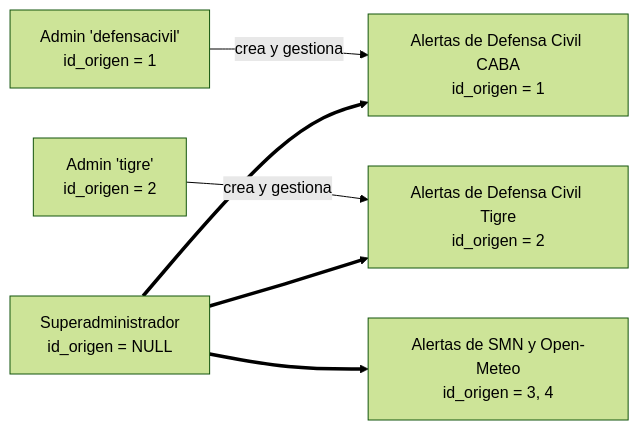
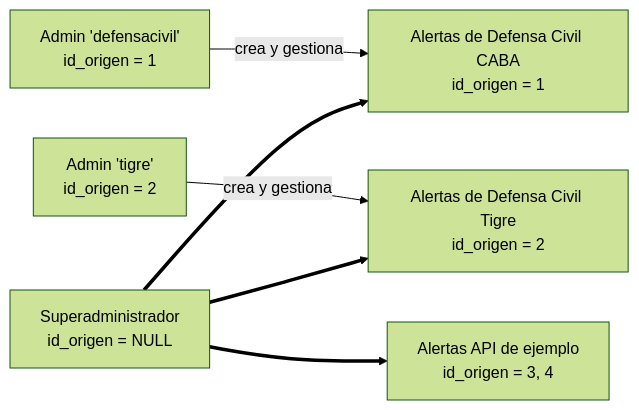
Before and after one commit to nachoo08/geoAlerts: the sixth of 7 diagrams in docs/02-diseno-arquitectura.md, drawn with Mermaid (forest theme). The commit also changed other lines of this file and 17 other files, not shown here.

````diff
--- a/docs/02-diseno-arquitectura.md
+++ b/docs/02-diseno-arquitectura.md
@@ -759,16 +763,16 @@
 ```mermaid
 flowchart LR
     SA["Superadministrador<br/>id_origen = NULL"]
     A1["Admin 'defensacivil'<br/>id_origen = 1"]
     A2["Admin 'tigre'<br/>id_origen = 2"]
 
     AL1["Alertas de Defensa Civil CABA<br/>id_origen = 1"]
     AL2["Alertas de Defensa Civil Tigre<br/>id_origen = 2"]
-    AL3["Alertas de SMN y Open-Meteo<br/>id_origen = 3, 4"]
+    AL3["Alertas API de ejemplo<br/>id_origen = 3, 4"]
 
     A1 -- "crea y gestiona" --> AL1
     A2 -- "crea y gestiona" --> AL2
     SA ==> AL1
     SA ==> AL2
     SA ==> AL3
 ```
````
